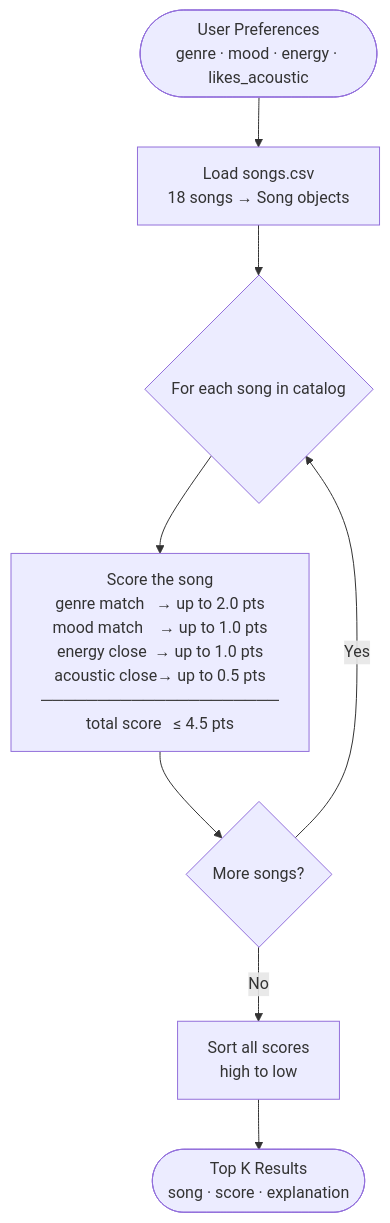
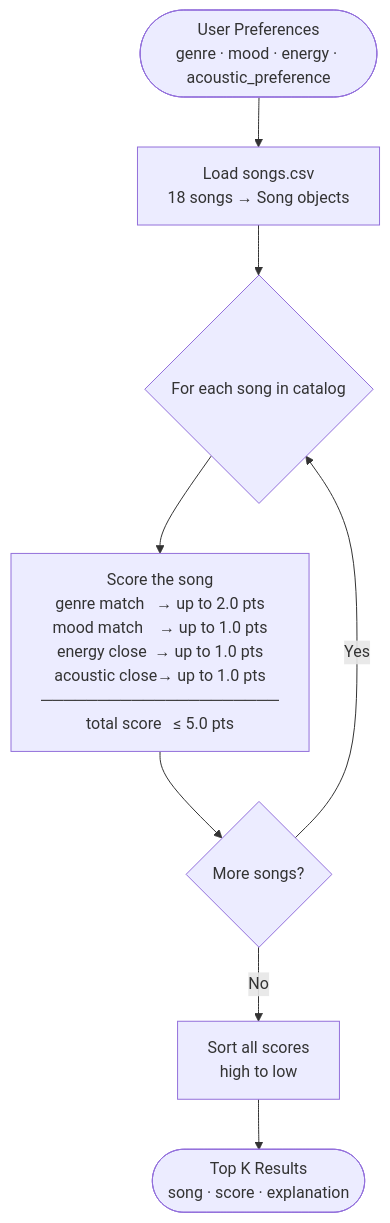
Before and after one commit to serena42/music_recommender_simulation: the diagram in model_card.md, drawn with Mermaid. The commit also changed other lines of this file, not shown here.

````diff
--- a/model_card.md
+++ b/model_card.md
@@ -42,18 +42,18 @@
 ```mermaid
 flowchart TD
-    A([User Preferences\ngenre · mood · energy · likes_acoustic]) --> B
+    A([User Preferences\ngenre · mood · energy · acoustic_preference]) --> B
 
     B[Load songs.csv\n18 songs → Song objects] --> C
 
     C{For each song in catalog} --> D
 
-    D[Score the song\ngenre match   → up to 2.0 pts\nmood match    → up to 1.0 pts\nenergy close  → up to 1.0 pts\nacoustic close→ up to 0.5 pts\n─────────────────────\ntotal score   ≤ 4.5 pts] --> E
+    D[Score the song\ngenre match   → up to 2.0 pts\nmood match    → up to 1.0 pts\nenergy close  → up to 1.0 pts\nacoustic close→ up to 1.0 pts\n─────────────────────\ntotal score   ≤ 5.0 pts] --> E
 
     E{More songs?}
     E -- Yes --> C
     E -- No  --> F
 
     F[Sort all scores\nhigh to low] --> G
 
     G([Top K Results\nsong · score · explanation])
 ```
````
